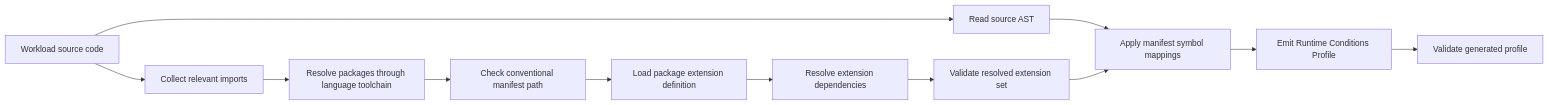
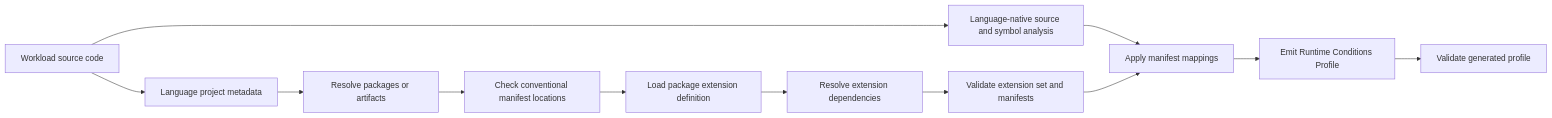
Before and after one commit to colinjlacy/golang-http-profiler: the diagram in docs/guides/generator-discovery-workflow.md, drawn with Mermaid. The commit also changed other lines of this file and 23 other files, not shown here.

````diff
--- a/docs/guides/generator-discovery-workflow.md
+++ b/docs/guides/generator-discovery-workflow.md
@@ -24,14 +26,14 @@
 ```mermaid
 flowchart LR
-  Source["Workload source code"] --> Imports["Collect relevant imports"]
-  Imports --> Resolve["Resolve packages through language toolchain"]
-  Resolve --> Manifest["Check conventional manifest path"]
+  Source["Workload source code"] --> Project["Language project metadata"]
+  Project --> Resolve["Resolve packages or artifacts"]
+  Resolve --> Manifest["Check conventional manifest locations"]
   Manifest --> Extension["Load package extension definition"]
   Extension --> Dependencies["Resolve extension dependencies"]
-  Dependencies --> Validate["Validate resolved extension set"]
-  Source --> AST["Read source AST"]
-  AST --> Map["Apply manifest symbol mappings"]
+  Dependencies --> Validate["Validate extension set and manifests"]
+  Source --> Symbols["Language-native source and symbol analysis"]
+  Symbols --> Map["Apply manifest mappings"]
   Validate --> Map
   Map --> Profile["Emit Runtime Conditions Profile"]
   Profile --> ProfileValidate["Validate generated profile"]
 ```
````
